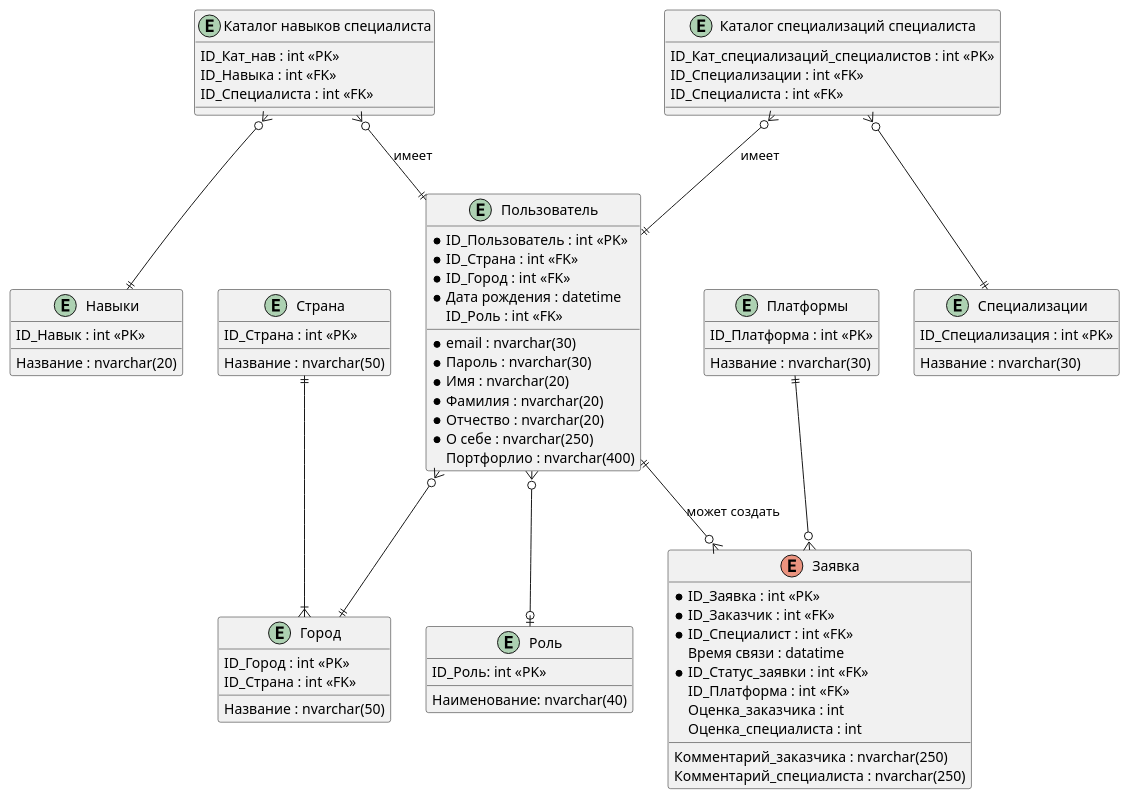
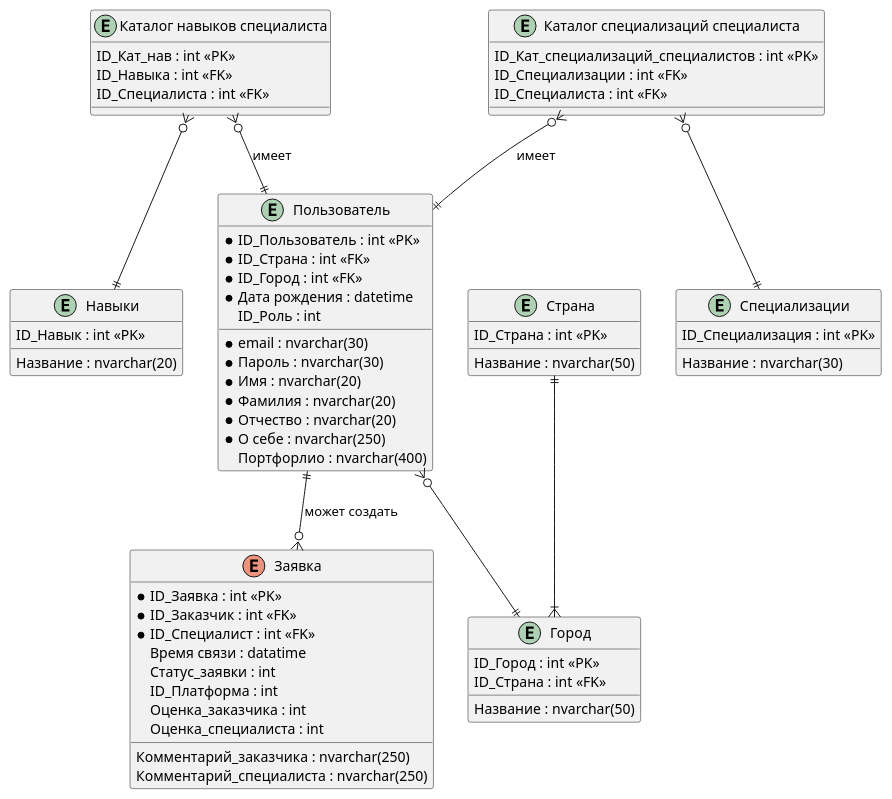
One commit to vllid/team-project changed the diagram in Диаграммы/Диаграмма сущность-свзяь/diagram — копия.puml. Above: the diagram before and after it, drawn with PlantUML. The commit also changed 26 other files, not shown here.

```diff
--- a/Диаграммы/Диаграмма сущность-свзяь/diagram — копия.puml
+++ b/Диаграммы/Диаграмма сущность-свзяь/diagram — копия.puml
@@ -1,102 +1,86 @@
 @startuml "erd"
 
 entity "Навыки" as skills
 {
     ID_Навык : int <<PK>>
     Название : nvarchar(20)
 }
 
 entity "Каталог навыков специалиста" as skills_cat
 {
     ID_Кат_нав : int <<PK>>
     ID_Навыка : int <<FK>>
     ID_Специалиста : int <<FK>>
 }
 
 entity "Специализации" as spec_enum
 {
     ID_Специализация : int <<PK>>
     Название : nvarchar(30)
 }
 
 entity "Каталог специализаций специалиста" as spec_cat
 {
     ID_Кат_специализаций_специалистов : int <<PK>>
     ID_Специализации : int <<FK>>
     ID_Специалиста : int <<FK>>
 }
 
-
-entity "Платформы" as platf 
-{
-    ID_Платформа : int <<PK>>
-    Название : nvarchar(30)
-}
-
 entity "Страна" as countries 
 {
     ID_Страна : int <<PK>>
     Название : nvarchar(50)
 }
 
 entity "Город" as cities 
 {
     ID_Город : int <<PK>>
     ID_Страна : int <<FK>>
     Название : nvarchar(50)
-}
-
-entity "Роль" as role 
-{
-    ID_Роль: int <<PK>>
-    Наименование: nvarchar(40)
 }
 
 entity "Пользователь" as users 
 {
     * ID_Пользователь : int <<PK>>
     * ID_Страна : int <<FK>>
     * ID_Город : int <<FK>>
     * email : nvarchar(30)
     * Пароль : nvarchar(30)
     * Имя : nvarchar(20)
     * Фамилия : nvarchar(20)
     * Отчество : nvarchar(20)
     * Дата рождения : datetime 
     * О себе : nvarchar(250)
     Портфорлио : nvarchar(400)
-    ID_Роль : int <<FK>>
+    ID_Роль : int
 }
 
 enum "Заявка" as request 
 {
     * ID_Заявка : int <<PK>>
     * ID_Заказчик : int <<FK>>
     * ID_Специалист : int <<FK>>
     Время связи : datatime 
-    * ID_Статус_заявки : int <<FK>>
-    ID_Платформа : int <<FK>>
+    Статус_заявки : int
+    ID_Платформа : int
     Оценка_заказчика : int 
     Комментарий_заказчика : nvarchar(250)
     Оценка_специалиста : int 
     Комментарий_специалиста : nvarchar(250)
 }
 
 users ||--o{ request : может создать
-platf ||--o{ request
 
 skills_cat }o--|| users : имеет
 skills_cat }o--|| skills
 
 spec_cat }o--|| users : имеет
 spec_cat }o--|| spec_enum
 
 users }o--|| cities
 countries ||--|{ cities
 
-users }o--o| role
-
 'request ||--|| appl 
 
 
 @enduml
```
